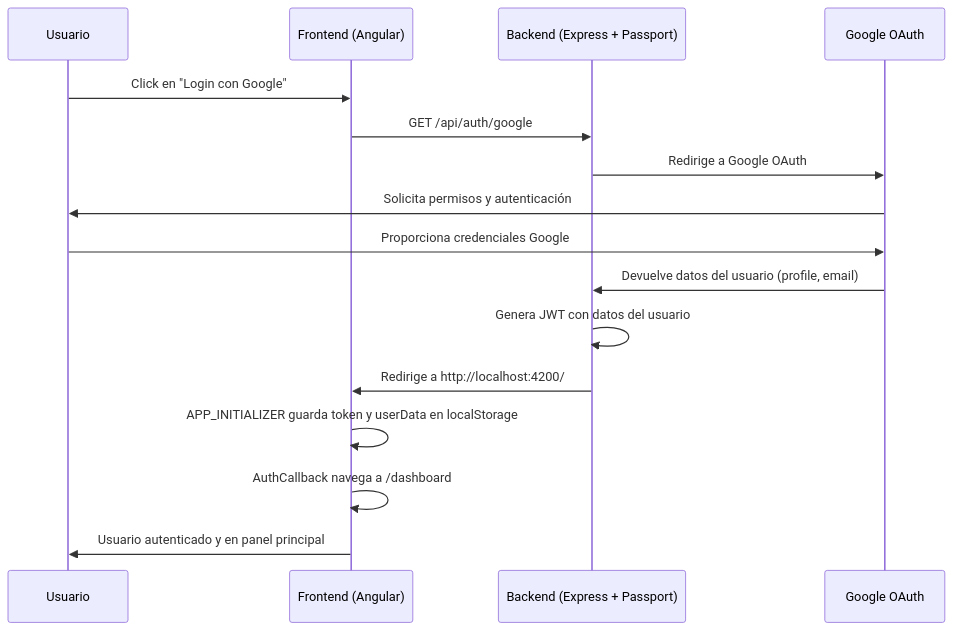
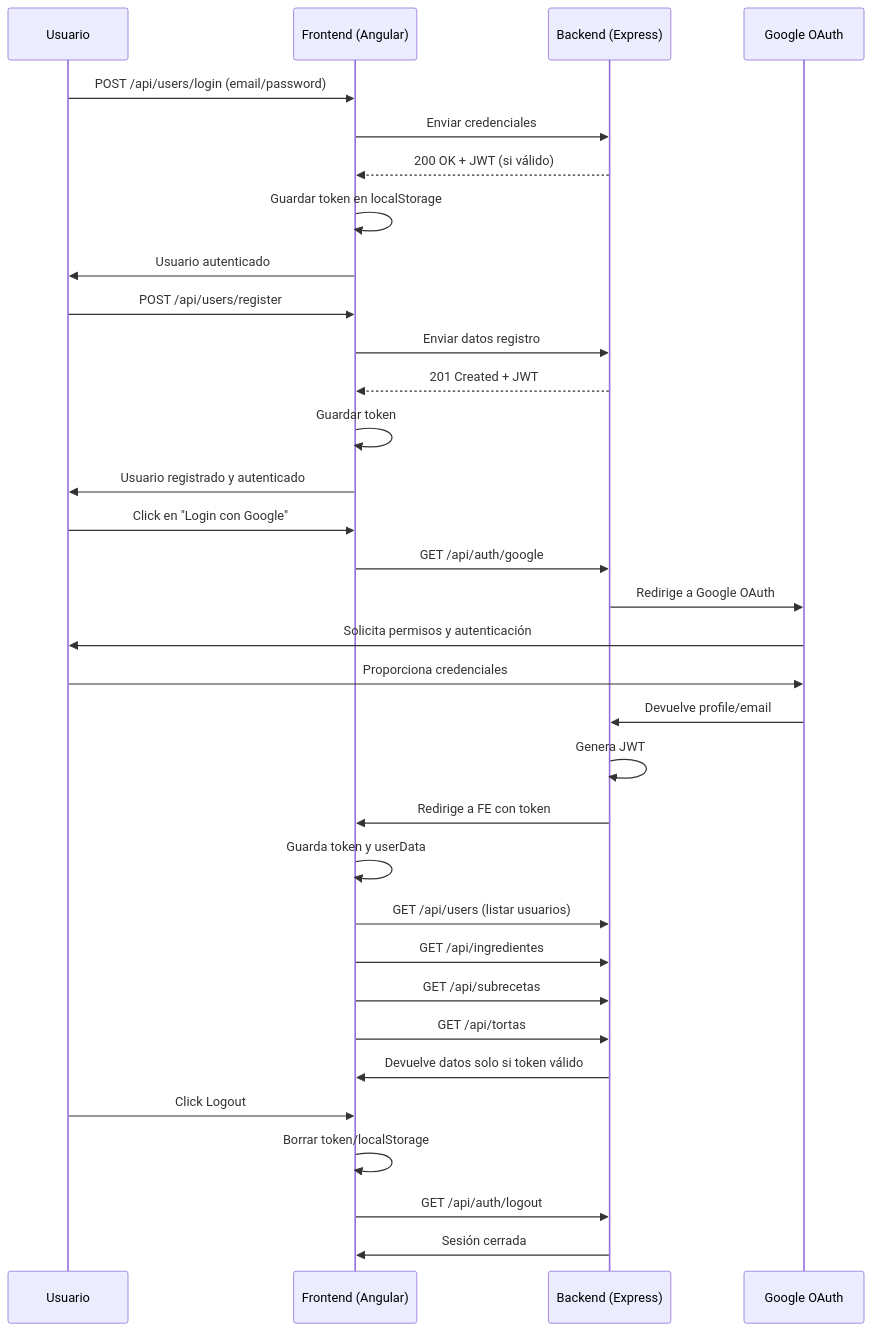
The diagram in README.md (hguevara1/Meraki-Angular), drawn with Mermaid before and after one commit. The commit also changed other lines of this file and 2 other files, not shown here.

Commit message:
feat(auth): proteger rutas de usuarios y actualizar README con diagrama de flujo

````diff
--- a/README.md
+++ b/README.md
@@ -187,19 +191,45 @@
 ```mermaid
 sequenceDiagram
     participant U as Usuario
     participant FE as Frontend (Angular)
-    participant BE as Backend (Express + Passport)
+    participant BE as Backend (Express)
     participant G as Google OAuth
 
+    %% Login tradicional
+    U->>FE: POST /api/users/login (email/password)
+    FE->>BE: Enviar credenciales
+    BE-->>FE: 200 OK + JWT (si válido)
+    FE->>FE: Guardar token en localStorage
+    FE->>U: Usuario autenticado
+
+    %% Registro de usuario
+    U->>FE: POST /api/users/register
+    FE->>BE: Enviar datos registro
+    BE-->>FE: 201 Created + JWT
+    FE->>FE: Guardar token
+    FE->>U: Usuario registrado y autenticado
+
+    %% Google OAuth
     U->>FE: Click en "Login con Google"
     FE->>BE: GET /api/auth/google
     BE->>G: Redirige a Google OAuth
     G->>U: Solicita permisos y autenticación
-    U->>G: Proporciona credenciales Google
-    G->>BE: Devuelve datos del usuario (profile, email)
-    BE->>BE: Genera JWT con datos del usuario
-    BE->>FE: Redirige a http://localhost:4200/#/auth-callback?token=JWT&success=true
-    FE->>FE: APP_INITIALIZER guarda token y userData en localStorage
-    FE->>FE: AuthCallback navega a /dashboard
-    FE->>U: Usuario autenticado y en panel principal
+    U->>G: Proporciona credenciales
+    G->>BE: Devuelve profile/email
+    BE->>BE: Genera JWT
+    BE->>FE: Redirige a FE con token
+    FE->>FE: Guarda token y userData
+
+    %% Rutas protegidas (requieren JWT)
+    FE->>BE: GET /api/users (listar usuarios)
+    FE->>BE: GET /api/ingredientes
+    FE->>BE: GET /api/subrecetas
+    FE->>BE: GET /api/tortas
+    BE->>FE: Devuelve datos solo si token válido
+
+    %% Logout
+    U->>FE: Click Logout
+    FE->>FE: Borrar token/localStorage
+    FE->>BE: GET /api/auth/logout
+    BE->>FE: Sesión cerrada
 ```
````
